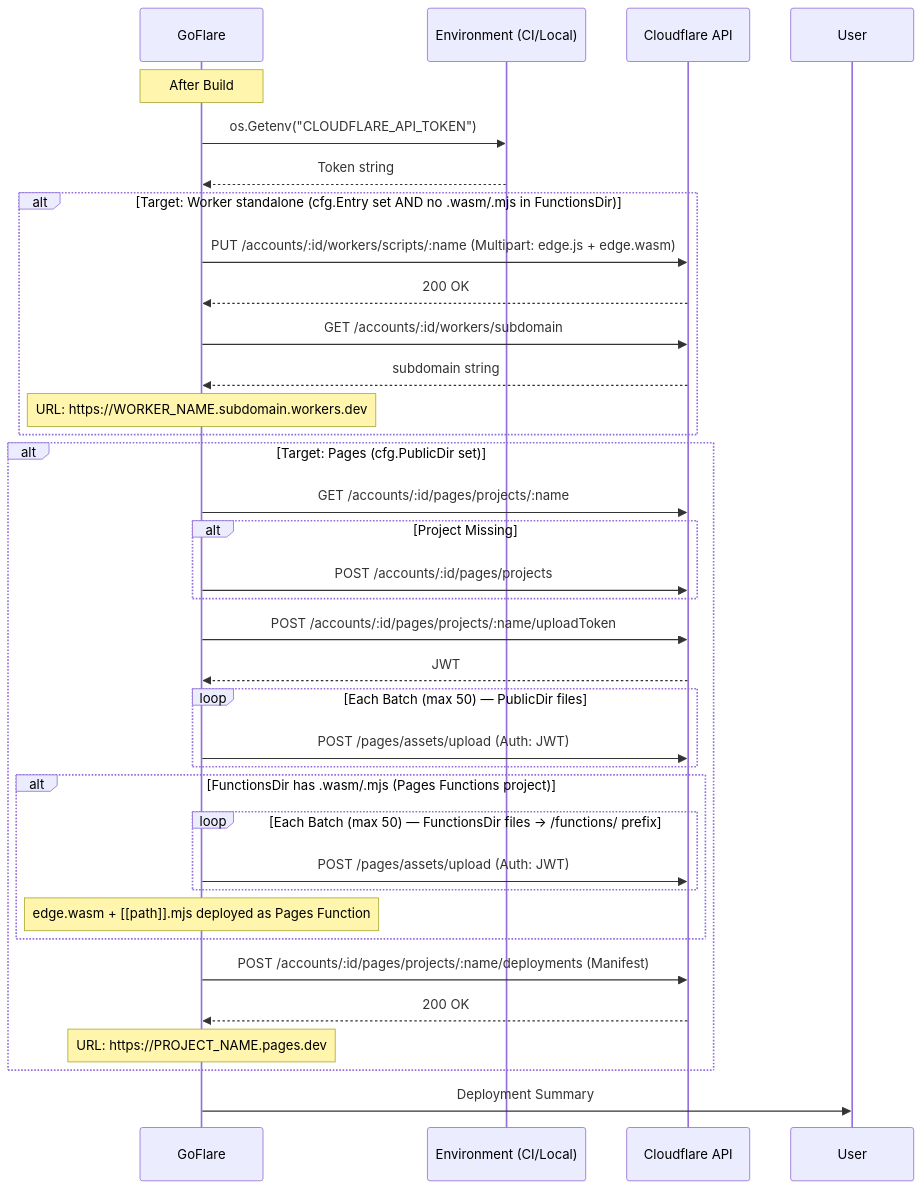
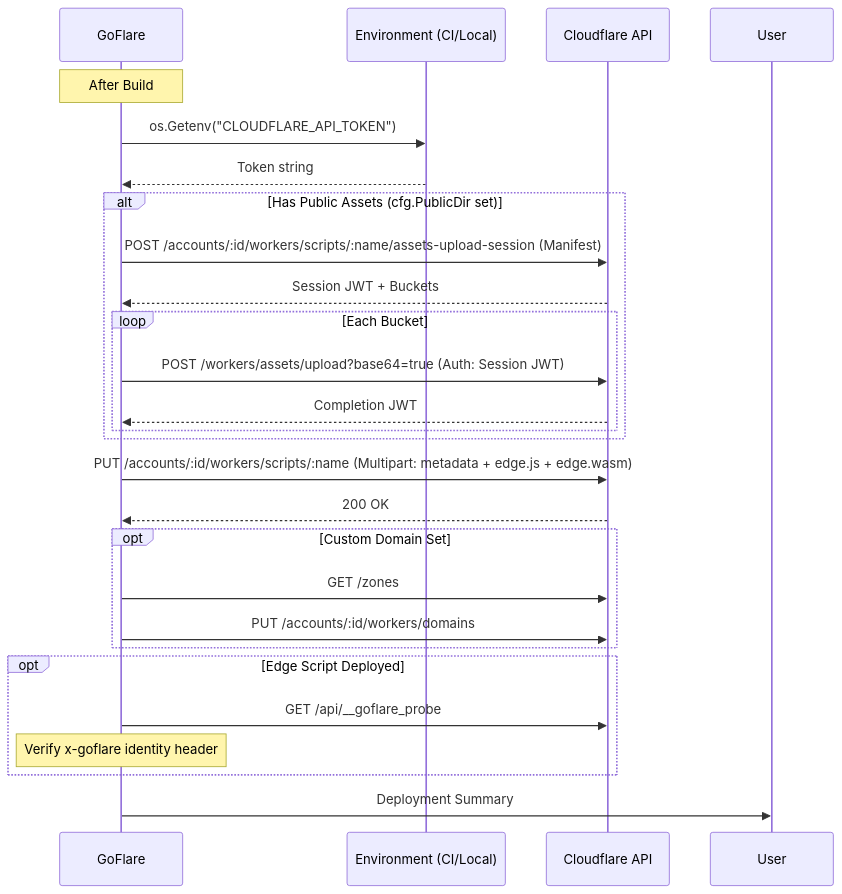
The diagram in docs/diagrams/DEPLOY_FLOW.md (tinywasm/goflare), drawn with Mermaid before and after one commit. The commit also changed other lines of this file and 22 other files, not shown here.

First line of the commit message:
feat!: single worker deployment path and post-deploy probe verification

````diff
--- a/docs/diagrams/DEPLOY_FLOW.md
+++ b/docs/diagrams/DEPLOY_FLOW.md
@@ -1,42 +1,35 @@
 ```mermaid
 sequenceDiagram
     participant G as GoFlare
     participant ENV as Environment (CI/Local)
     participant CF as Cloudflare API
 
     Note over G: After Build
 
     G->>ENV: os.Getenv("CLOUDFLARE_API_TOKEN")
     ENV-->>G: Token string
 
-    alt Target: Worker standalone (cfg.Entry set AND no .wasm/.mjs in FunctionsDir)
-        G->>CF: PUT /accounts/:id/workers/scripts/:name (Multipart: edge.js + edge.wasm)
-        CF-->>G: 200 OK
-        G->>CF: GET /accounts/:id/workers/subdomain
-        CF-->>G: subdomain string
-        Note over G: URL: https://WORKER_NAME.subdomain.workers.dev
+    alt Has Public Assets (cfg.PublicDir set)
+        G->>CF: POST /accounts/:id/workers/scripts/:name/assets-upload-session (Manifest)
+        CF-->>G: Session JWT + Buckets
+        loop Each Bucket
+            G->>CF: POST /workers/assets/upload?base64=true (Auth: Session JWT)
+            CF-->>G: Completion JWT
+        end
     end
 
-    alt Target: Pages (cfg.PublicDir set)
-        G->>CF: GET /accounts/:id/pages/projects/:name
-        alt Project Missing
-            G->>CF: POST /accounts/:id/pages/projects
-        end
-        G->>CF: POST /accounts/:id/pages/projects/:name/uploadToken
-        CF-->>G: JWT
-        loop Each Batch (max 50) — PublicDir files
-            G->>CF: POST /pages/assets/upload (Auth: JWT)
-        end
-        alt FunctionsDir has .wasm/.mjs (Pages Functions project)
-            loop Each Batch (max 50) — FunctionsDir files → /functions/ prefix
-                G->>CF: POST /pages/assets/upload (Auth: JWT)
-            end
-            Note over G: edge.wasm + [[path]].mjs deployed as Pages Function
-        end
-        G->>CF: POST /accounts/:id/pages/projects/:name/deployments (Manifest)
-        CF-->>G: 200 OK
-        Note over G: URL: https://PROJECT_NAME.pages.dev
+    G->>CF: PUT /accounts/:id/workers/scripts/:name (Multipart: metadata + edge.js + edge.wasm)
+    CF-->>G: 200 OK
+
+    opt Custom Domain Set
+        G->>CF: GET /zones
+        G->>CF: PUT /accounts/:id/workers/domains
+    end
+
+    opt Edge Script Deployed
+        G->>CF: GET /api/__goflare_probe
+        Note over G: Verify x-goflare identity header
     end
 
     G->>User: Deployment Summary
 ```
````
